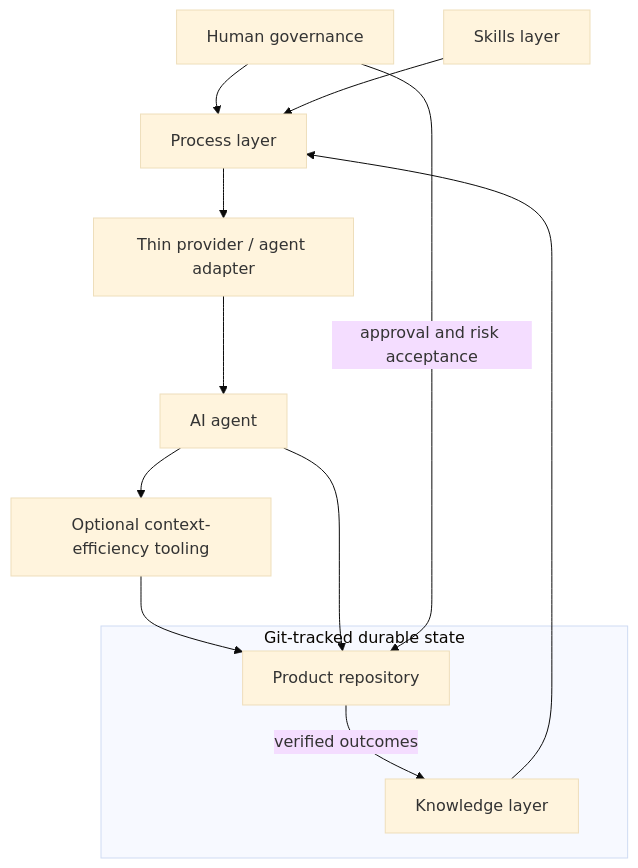
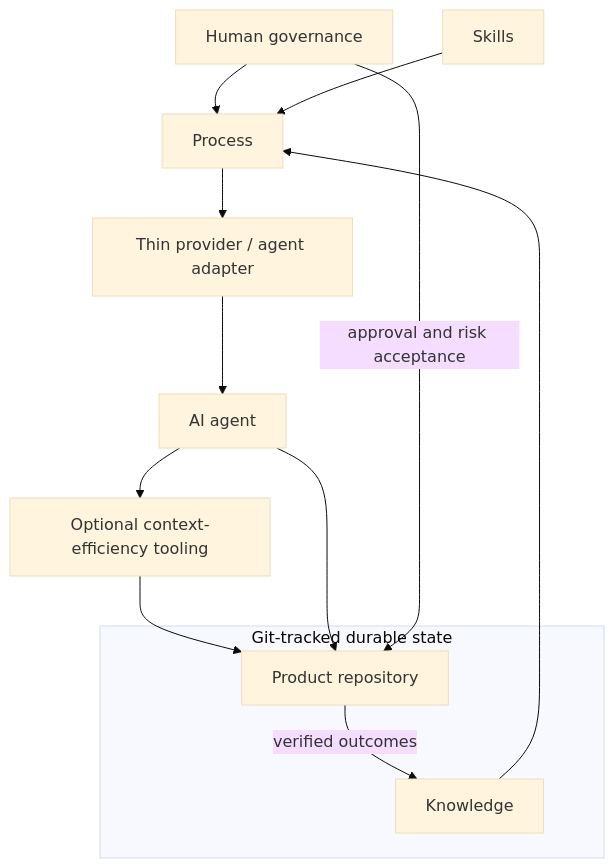
Before and after one commit to FedrBodr/fedrbodr-ai-framework: the second of 2 diagrams in README.md, drawn with Mermaid (base theme). The commit also changed other lines of this file and 19 other files, not shown here.

````diff
--- a/README.md
+++ b/README.md
@@ -50,17 +43,15 @@
 ```mermaid
 flowchart TB
-    H["Human governance"] --> P["Process layer"]
-    K["Knowledge layer"] --> P
-    S["Skills layer"] --> P
-    P --> A["Thin provider / agent adapter"]
-    A --> G["AI agent"]
-    G --> O["Optional context-efficiency tooling"]
-    O --> R["Product repository"]
+    H["Human governance"] --> P["Process"]
+    K["Knowledge"] --> P
+    S["Skills"] --> P
+    P --> A["Thin provider / agent adapter"] --> G["AI agent"]
+    G --> O["Optional context-efficiency tooling"] --> R["Product repository"]
     G --> R
     R -->|"verified outcomes"| K
     H -->|"approval and risk acceptance"| R
     subgraph Git["Git-tracked durable state"]
         K
         R
     end
 ```
````
